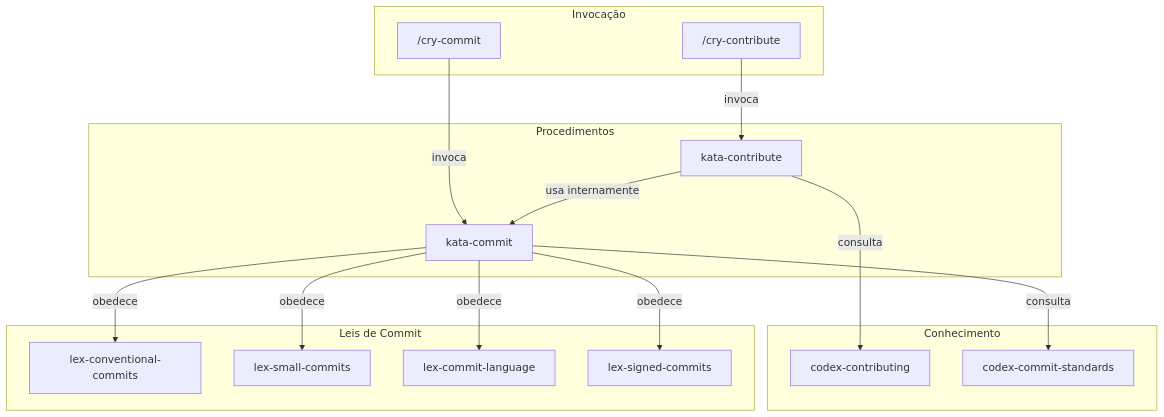
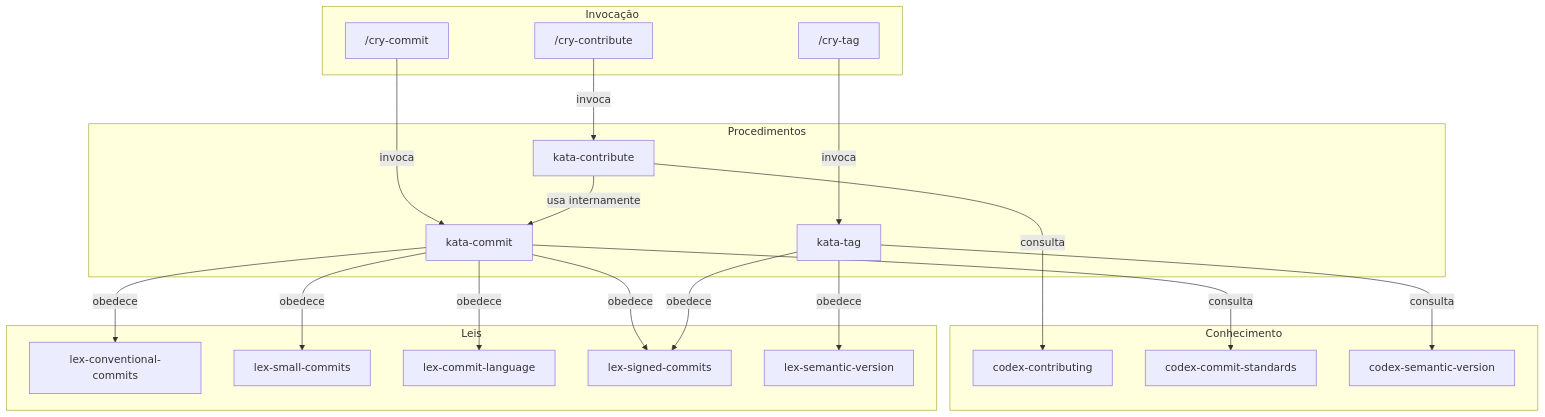
One commit to guardiatechnology/ahrena changed the diagram in framework/pt-BR/_foundation/contributing/README.md. Above: the diagram before and after it, drawn with Mermaid. The commit also changed other lines of this file and 24 other files, not shown here.

First line of the commit message:
feat(contributing): add cry-tag and semantic versioning (lex, codex, kata)

````diff
--- a/framework/pt-BR/_foundation/contributing/README.md
+++ b/framework/pt-BR/_foundation/contributing/README.md
@@ -11,34 +11,42 @@
 ```mermaid
 flowchart TD
     subgraph invocation ["Invocação"]
         CryCommit["/cry-commit"]
         CryContribute["/cry-contribute"]
+        CryTag["/cry-tag"]
     end
 
     subgraph procedures ["Procedimentos"]
         KataCommit["kata-commit"]
         KataContribute["kata-contribute"]
+        KataTag["kata-tag"]
     end
 
     subgraph knowledge ["Conhecimento"]
         CdxContributing["codex-contributing"]
         CdxCommitStd["codex-commit-standards"]
+        CdxSemVer["codex-semantic-version"]
     end
 
-    subgraph laws ["Leis de Commit"]
+    subgraph laws ["Leis"]
         LexConventional["lex-conventional-commits"]
         LexSmall["lex-small-commits"]
         LexLanguage["lex-commit-language"]
         LexSigned["lex-signed-commits"]
+        LexSemVer["lex-semantic-version"]
     end
 
     CryCommit -->|"invoca"| KataCommit
     CryContribute -->|"invoca"| KataContribute
+    CryTag -->|"invoca"| KataTag
     KataContribute -->|"usa internamente"| KataCommit
     KataContribute -->|"consulta"| CdxContributing
     KataCommit -->|"consulta"| CdxCommitStd
     KataCommit -->|"obedece"| LexConventional
     KataCommit -->|"obedece"| LexSmall
     KataCommit -->|"obedece"| LexLanguage
     KataCommit -->|"obedece"| LexSigned
+    KataTag -->|"consulta"| CdxSemVer
+    KataTag -->|"obedece"| LexSemVer
+    KataTag -->|"obedece"| LexSigned
 ```
````
